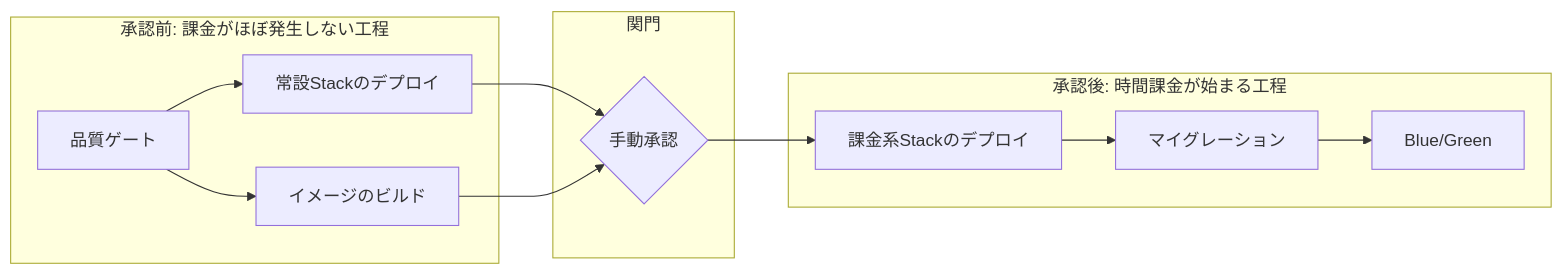
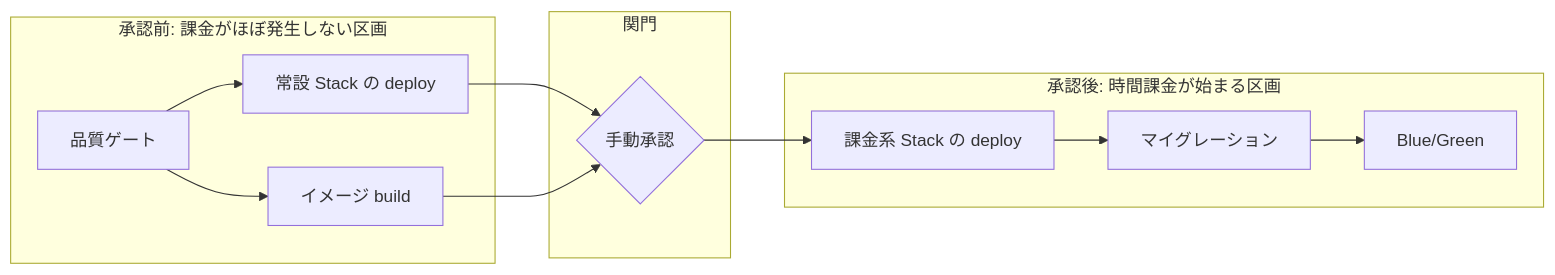
Before and after one commit to kyiwanami/zenn-docs: the fifth of 6 diagrams in articles/aws-cdk-pipelines-cicd.md, drawn with Mermaid. The commit also changed other lines of this file and 1 other file, not shown here.

````diff
--- a/articles/aws-cdk-pipelines-cicd.md
+++ b/articles/aws-cdk-pipelines-cicd.md
@@ -91,16 +219,16 @@
 ```mermaid
 flowchart LR
-    subgraph free["承認前: 課金がほぼ発生しない工程"]
-        A[品質ゲート] --> B[常設Stackのデプロイ]
-        A --> C[イメージのビルド]
+    subgraph free["承認前: 課金がほぼ発生しない区画"]
+        A[品質ゲート] --> B[常設 Stack の deploy]
+        A --> C[イメージ build]
     end
     subgraph gate["関門"]
         D{手動承認}
     end
-    subgraph paid["承認後: 時間課金が始まる工程"]
-        E[課金系Stackのデプロイ] --> F[マイグレーション] --> G[Blue/Green]
+    subgraph paid["承認後: 時間課金が始まる区画"]
+        E[課金系 Stack の deploy] --> F[マイグレーション] --> G[Blue/Green]
     end
     B --> D
     C --> D
     D --> E
 ```
````
